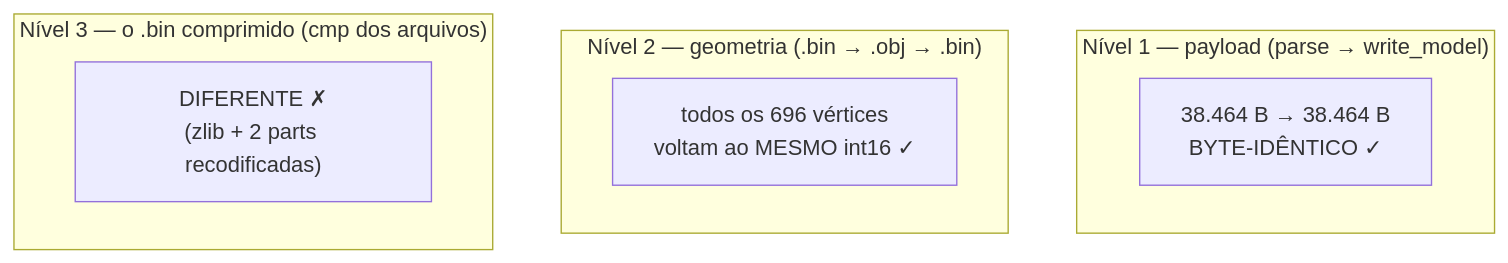
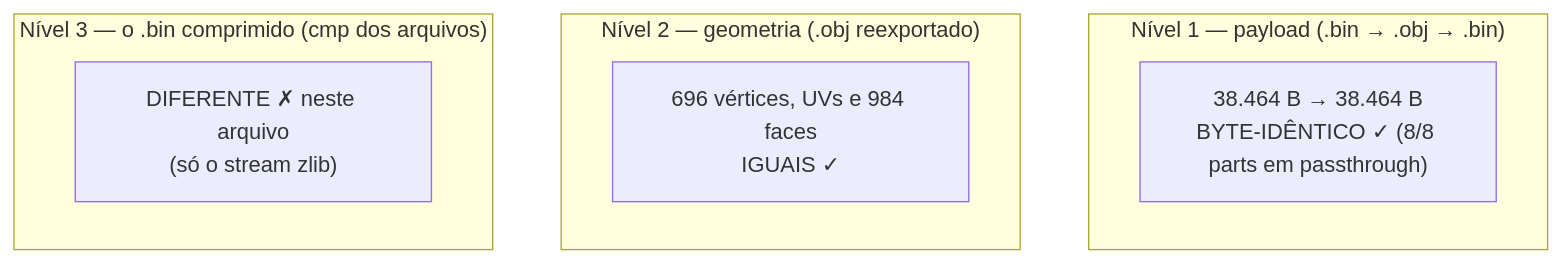
One commit to FVitor7/wepes3d changed the fifth of 6 diagrams in docs/14-exemplo-face-byte-a-byte.md. Above: the diagram before and after it, drawn with Mermaid. The commit also changed other lines of this file and 18 other files, not shown here.

First line of the commit message:
Fix the parts end in the model header, .obj UVs and zero-diff roundtrip

````diff
--- a/docs/14-exemplo-face-byte-a-byte.md
+++ b/docs/14-exemplo-face-byte-a-byte.md
@@ -441,12 +455,12 @@
 ```mermaid
 flowchart TB
-    subgraph N1["Nível 1 — payload (parse → write_model)"]
-        A1["38.464 B → 38.464 B<br/>BYTE-IDÊNTICO ✓"]
+    subgraph N1["Nível 1 — payload (.bin → .obj → .bin)"]
+        A1["38.464 B → 38.464 B<br/>BYTE-IDÊNTICO ✓ (8/8 parts em passthrough)"]
     end
-    subgraph N2["Nível 2 — geometria (.bin → .obj → .bin)"]
-        A2["todos os 696 vértices<br/>voltam ao MESMO int16 ✓"]
+    subgraph N2["Nível 2 — geometria (.obj reexportado)"]
+        A2["696 vértices, UVs e 984 faces<br/>IGUAIS ✓"]
     end
     subgraph N3["Nível 3 — o .bin comprimido (cmp dos arquivos)"]
-        A3["DIFERENTE ✗<br/>(zlib + 2 parts recodificadas)"]
+        A3["DIFERENTE ✗ neste arquivo<br/>(só o stream zlib)"]
     end
 ```
````
